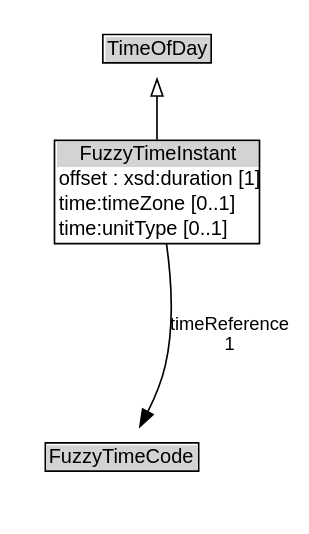
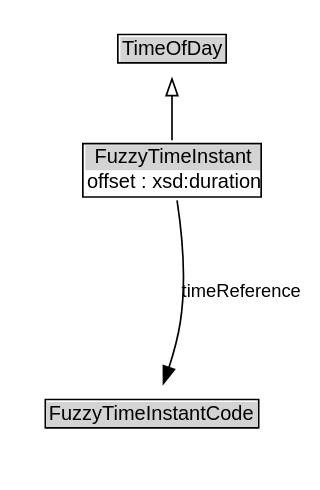
The diagram in docs/diagrams/FuzzyTimeInstant.dot (k-vaughn/ontology-its-time), drawn with Graphviz before and after one commit. The commit also changed 100 other files, not shown here.

```diff
--- a/docs/diagrams/FuzzyTimeInstant.dot
+++ b/docs/diagrams/FuzzyTimeInstant.dot
@@ -1,25 +1,24 @@
 // Diagram for FuzzyTimeInstant
 digraph {
 	graph [overlap=false rankdir=TB splines=true]
 	node [fontname=Arial fontsize=12 margin=0 shape=none]
 	edge [fontname=Arial fontsize=11]
 	{
 		rank=source
 		TimeOfDay [label=<<TABLE BORDER="1" CELLBORDER="0" CELLSPACING="0" CELLPADDING="1"><TR><TD BGCOLOR="lightgray" ALIGN="CENTER">TimeOfDay</TD></TR></TABLE>> URL="../TimeOfDay" margin=0]
 	}
-	FuzzyTimeInstant [label=<<TABLE BORDER="1" CELLBORDER="0" CELLSPACING="0" CELLPADDING="1"><TR><TD BGCOLOR="lightgray" ALIGN="CENTER">FuzzyTimeInstant</TD></TR><TR><TD ALIGN="LEFT">offset : xsd:duration [1]</TD></TR><TR><TD ALIGN="LEFT">time:timeZone [0..1]</TD></TR><TR><TD ALIGN="LEFT">time:unitType [0..1]</TD></TR></TABLE>> URL="../FuzzyTimeInstant" margin=0]
+	FuzzyTimeInstant [label=<<TABLE BORDER="1" CELLBORDER="0" CELLSPACING="0" CELLPADDING="1"><TR><TD BGCOLOR="lightgray" ALIGN="CENTER">FuzzyTimeInstant</TD></TR><TR><TD ALIGN="LEFT">offset : xsd:duration</TD></TR></TABLE>> URL="../FuzzyTimeInstant" margin=0]
 	{
 		rank=max
 	}
 	subgraph cluster_associated {
 		label="" style=invis
 		Invis [label=<<TABLE BORDER="0" CELLBORDER="0" CELLSPACING="0" CELLPADDING="1"><TR><TD></TD></TR></TABLE>> margin=0 style=invis]
-		FuzzyTimeCode [label=<<TABLE BORDER="1" CELLBORDER="0" CELLSPACING="0" CELLPADDING="1"><TR><TD BGCOLOR="lightgray" ALIGN="CENTER">FuzzyTimeCode</TD></TR></TABLE>> URL="../FuzzyTimeCode" margin=0]
+		FuzzyTimeInstantCode [label=<<TABLE BORDER="1" CELLBORDER="0" CELLSPACING="0" CELLPADDING="1"><TR><TD BGCOLOR="lightgray" ALIGN="CENTER">FuzzyTimeInstantCode</TD></TR></TABLE>> URL="../FuzzyTimeInstantCode" margin=0]
 	}
 	FuzzyTimeInstant -> TimeOfDay [arrowhead=onormal style=solid]
 	FuzzyTimeInstant -> Invis [style=invis]
-	Invis -> FuzzyTimeCode [style=invis]
-	FuzzyTimeCode [label=<<TABLE BORDER="1" CELLBORDER="0" CELLSPACING="0" CELLPADDING="1"><TR><TD BGCOLOR="lightgray" ALIGN="CENTER">FuzzyTimeCode</TD></TR></TABLE>> URL="../FuzzyTimeCode" margin=0]
-	FuzzyTimeInstant -> FuzzyTimeCode [label="timeReference
-1" arrowhead=normal style=solid]
+	Invis -> FuzzyTimeInstantCode [style=invis]
+	FuzzyTimeInstantCode [label=<<TABLE BORDER="1" CELLBORDER="0" CELLSPACING="0" CELLPADDING="1"><TR><TD BGCOLOR="lightgray" ALIGN="CENTER">FuzzyTimeInstantCode</TD></TR></TABLE>> URL="../FuzzyTimeInstantCode" margin=0]
+	FuzzyTimeInstant -> FuzzyTimeInstantCode [label=timeReference arrowhead=normal style=solid]
 }
```
